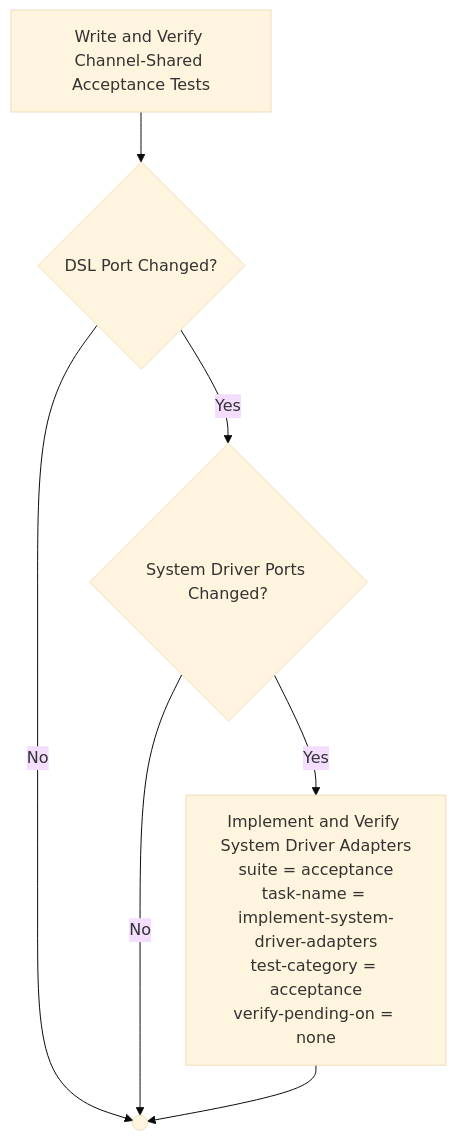
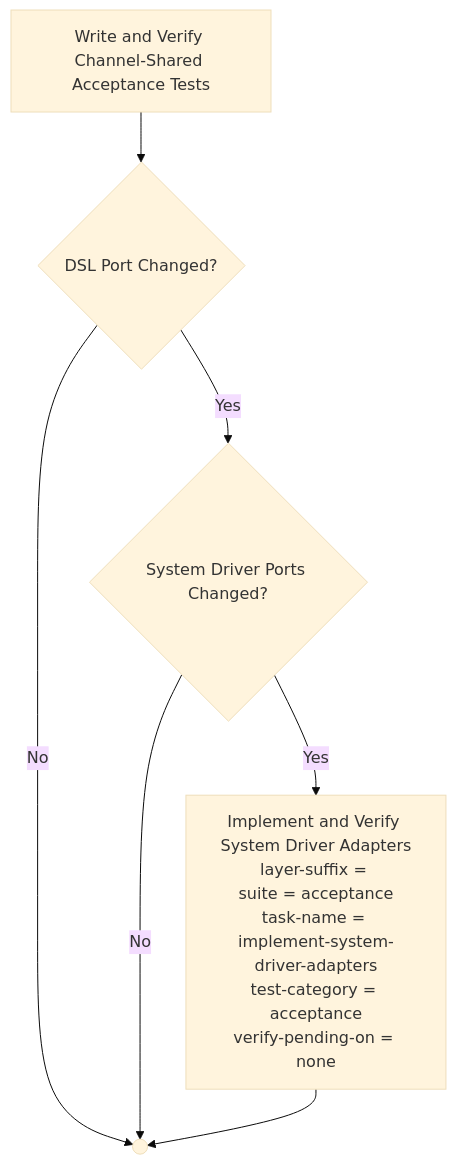
Diagram 14 of 51 in docs/process-diagram.md (optivem/gh-optivem), drawn with Mermaid (base theme) before and after one commit. The commit also changed other lines of this file and 9 other files, not shown here.

Commit message:
atdd: regenerate process-flow diagram

````diff
--- a/docs/process-diagram.md
+++ b/docs/process-diagram.md
@@ -267,15 +267,15 @@
 ```mermaid
 flowchart TD
     SHARED_CONTRACT[Write and Verify Channel-Shared Acceptance Tests]
     GATE_DSL_PORT_CHANGED{DSL Port Changed?}
     GATE_SYSTEM_DRIVER_PORTS_CHANGED{System Driver Ports Changed?}
     WAV_AT_END(( ))
-    IMPLEMENT_AND_VERIFY_SYSTEM_DRIVER_ADAPTERS["Implement and Verify System Driver Adapters<br/>suite = acceptance<br/>task-name = implement-system-driver-adapters<br/>test-category = acceptance<br/>verify-pending-on = none"]
+    IMPLEMENT_AND_VERIFY_SYSTEM_DRIVER_ADAPTERS["Implement and Verify System Driver Adapters<br/>layer-suffix = <br/>suite = acceptance<br/>task-name = implement-system-driver-adapters<br/>test-category = acceptance<br/>verify-pending-on = none"]
 
     SHARED_CONTRACT --> GATE_DSL_PORT_CHANGED
     GATE_DSL_PORT_CHANGED -- Yes --> GATE_SYSTEM_DRIVER_PORTS_CHANGED
     GATE_DSL_PORT_CHANGED -- No --> WAV_AT_END
     GATE_SYSTEM_DRIVER_PORTS_CHANGED -- Yes --> IMPLEMENT_AND_VERIFY_SYSTEM_DRIVER_ADAPTERS
     GATE_SYSTEM_DRIVER_PORTS_CHANGED -- No --> WAV_AT_END
     IMPLEMENT_AND_VERIFY_SYSTEM_DRIVER_ADAPTERS --> WAV_AT_END
 ```
````
